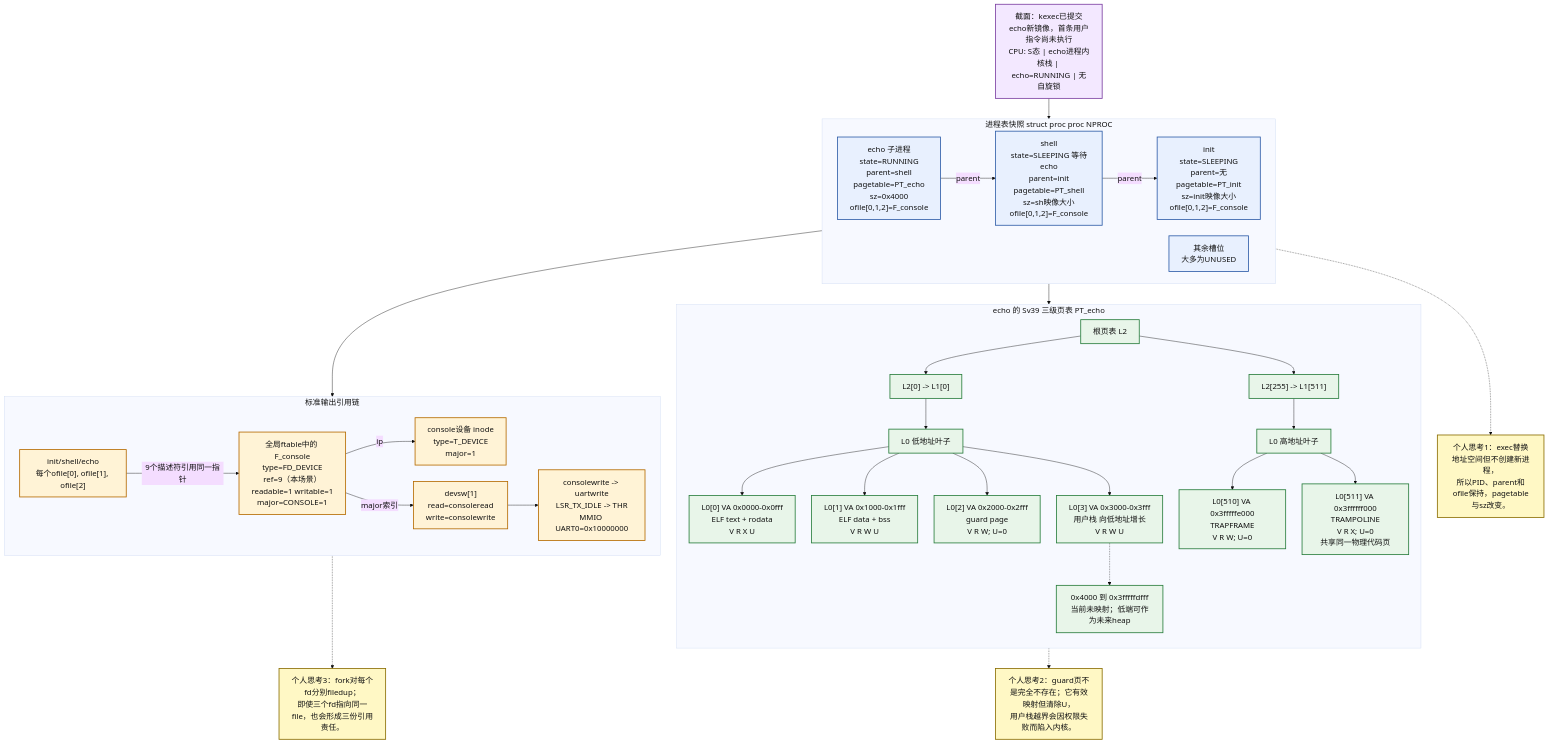
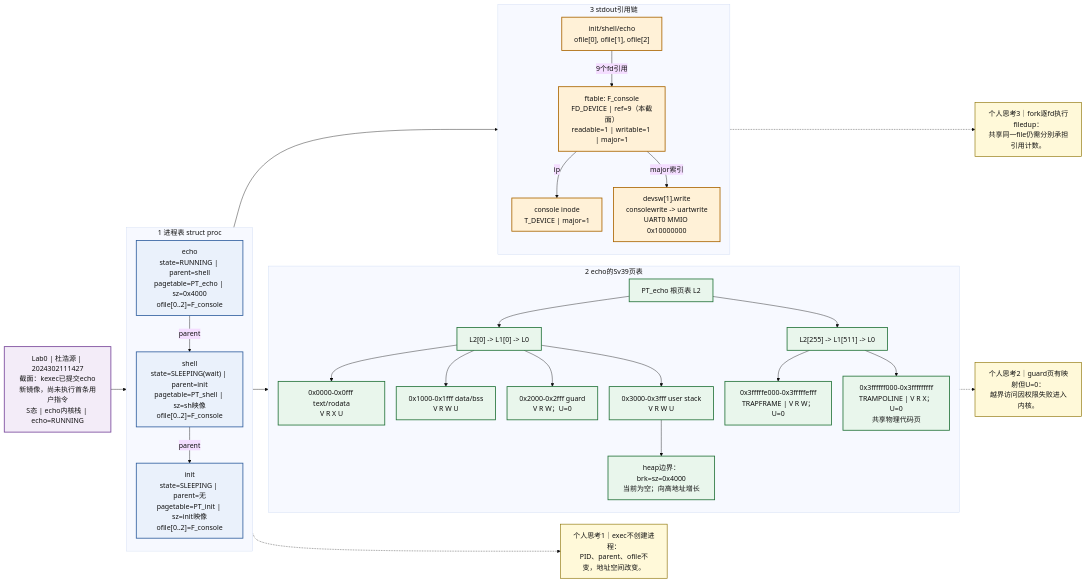
One commit to hoyuand/2024302111427 changed the diagram in figures/02-exec-state-snapshot.md. Above: the diagram before and after it, drawn with Mermaid. The commit also changed other lines of this file and 15 other files, not shown here.

Commit message:
第0次实验：完成三份软件架构图

````diff
--- a/figures/02-exec-state-snapshot.md
+++ b/figures/02-exec-state-snapshot.md
@@ -5,67 +5,63 @@
 ```mermaid
-%%{init: {"theme":"base","themeVariables":{"fontSize":"19px","fontFamily":"Microsoft YaHei, Arial, sans-serif"},"flowchart":{"nodeSpacing":40,"rankSpacing":50}}}%%
-flowchart TB
-  classDef proc fill:#e8f0fe,stroke:#2f5da8,color:#111,stroke-width:2px
-  classDef page fill:#e8f5e9,stroke:#287d3c,color:#111,stroke-width:2px
-  classDef file fill:#fff3d6,stroke:#b56b00,color:#111,stroke-width:2px
-  classDef note fill:#fff8c5,stroke:#8a6d00,color:#111,stroke-width:2px
-  classDef root fill:#f3e8ff,stroke:#7b3fa1,color:#111,stroke-width:2px
+%%{init: {"theme":"base","themeVariables":{"fontSize":"17px","fontFamily":"Microsoft YaHei, Arial, sans-serif"},"flowchart":{"nodeSpacing":28,"rankSpacing":38,"curve":"basis"}}}%%
+flowchart LR
+  classDef proc fill:#eaf1fb,stroke:#315f9f,color:#111,stroke-width:2px
+  classDef page fill:#e9f6ec,stroke:#24733a,color:#111,stroke-width:2px
+  classDef file fill:#fff1d7,stroke:#aa6500,color:#111,stroke-width:2px
+  classDef note fill:#fff9d9,stroke:#8a7000,color:#111,stroke-width:1.5px
+  classDef root fill:#f3ecf8,stroke:#77459a,color:#111,stroke-width:2px
 
-  moment["截面：kexec已提交echo新镜像，首条用户指令尚未执行<br/>CPU: S态 | echo进程内核栈 | echo=RUNNING | 无自旋锁"]:::root
+  moment["Lab0 | 杜浩源 | 2024302111427<br/>截面：kexec已提交echo新镜像，尚未执行首条用户指令<br/>S态 | echo内核栈 | echo=RUNNING"]:::root
 
-  subgraph PROCS[进程表快照 struct proc proc NPROC]
-    direction LR
-    init["init<br/>state=SLEEPING<br/>parent=无<br/>pagetable=PT_init<br/>sz=init映像大小<br/>ofile[0,1,2]=F_console"]:::proc
-    shell["shell<br/>state=SLEEPING 等待echo<br/>parent=init<br/>pagetable=PT_shell<br/>sz=sh映像大小<br/>ofile[0,1,2]=F_console"]:::proc
-    echo["echo 子进程<br/>state=RUNNING<br/>parent=shell<br/>pagetable=PT_echo<br/>sz=0x4000<br/>ofile[0,1,2]=F_console"]:::proc
-    unused["其余槽位<br/>大多为UNUSED"]:::proc
-    echo -->|"parent"| shell -->|"parent"| init
+  subgraph PROCS[1 进程表 struct proc]
+    direction TB
+    init["init<br/>state=SLEEPING | parent=无<br/>pagetable=PT_init | sz=init映像<br/>ofile[0..2]=F_console"]:::proc
+    shell["shell<br/>state=SLEEPING(wait) | parent=init<br/>pagetable=PT_shell | sz=sh映像<br/>ofile[0..2]=F_console"]:::proc
+    echo["echo<br/>state=RUNNING | parent=shell<br/>pagetable=PT_echo | sz=0x4000<br/>ofile[0..2]=F_console"]:::proc
+    echo -->|parent| shell -->|parent| init
   end
 
-  subgraph SV39[echo 的 Sv39 三级页表 PT_echo]
+  subgraph SV39[2 echo的Sv39页表]
     direction TB
-    rootpt["根页表 L2"]:::page
-    lowl1["L2[0] -> L1[0]"]:::page
-    lowl0["L0 低地址叶子"]:::page
-    text["L0[0] VA 0x0000-0x0fff<br/>ELF text + rodata<br/>V R X U"]:::page
-    data["L0[1] VA 0x1000-0x1fff<br/>ELF data + bss<br/>V R W U"]:::page
-    guard["L0[2] VA 0x2000-0x2fff<br/>guard page<br/>V R W; U=0"]:::page
-    stack["L0[3] VA 0x3000-0x3fff<br/>用户栈 向低地址增长<br/>V R W U"]:::page
-    gap["0x4000 到 0x3fffffdfff<br/>当前未映射；低端可作为未来heap"]:::page
-    highl1["L2[255] -> L1[511]"]:::page
-    highl0["L0 高地址叶子"]:::page
-    trapframe["L0[510] VA 0x3fffffe000<br/>TRAPFRAME<br/>V R W; U=0"]:::page
-    trampoline["L0[511] VA 0x3ffffff000<br/>TRAMPOLINE<br/>V R X; U=0<br/>共享同一物理代码页"]:::page
-    rootpt --> lowl1 --> lowl0
-    lowl0 --> text
-    lowl0 --> data
-    lowl0 --> guard
-    lowl0 --> stack
-    stack -.-> gap
-    rootpt --> highl1 --> highl0
-    highl0 --> trapframe
-    highl0 --> trampoline
+    pt["PT_echo 根页表 L2"]:::page
+    low["L2[0] -> L1[0] -> L0"]:::page
+    p0["0x0000-0x0fff text/rodata<br/>V R X U"]:::page
+    p1["0x1000-0x1fff data/bss<br/>V R W U"]:::page
+    p2["0x2000-0x2fff guard<br/>V R W；U=0"]:::page
+    p3["0x3000-0x3fff user stack<br/>V R W U"]:::page
+    heap["heap边界：brk=sz=0x4000<br/>当前为空；向高地址增长"]:::page
+    high["L2[255] -> L1[511] -> L0"]:::page
+    tf["0x3fffffe000-0x3fffffefff<br/>TRAPFRAME | V R W；U=0"]:::page
+    tr["0x3ffffff000-0x3fffffffff<br/>TRAMPOLINE | V R X；U=0<br/>共享物理代码页"]:::page
+
+    pt --> low
+    low --> p0
+    low --> p1
+    low --> p2
+    low --> p3 --> heap
+    pt --> high
+    high --> tf
+    high --> tr
   end
 
-  subgraph FILES[标准输出引用链]
-    direction LR
-    ofiles["init/shell/echo<br/>每个ofile[0], ofile[1], ofile[2]"]:::file
-    fconsole["全局ftable中的 F_console<br/>type=FD_DEVICE<br/>ref=9（本场景）<br/>readable=1 writable=1<br/>major=CONSOLE=1"]:::file
-    inode["console设备 inode<br/>type=T_DEVICE<br/>major=1"]:::file
-    devsw["devsw[1]<br/>read=consoleread<br/>write=consolewrite"]:::file
-    uart["consolewrite -> uartwrite<br/>LSR_TX_IDLE -> THR<br/>MMIO UART0=0x10000000"]:::file
-    ofiles -->|"9个描述符引用同一指针"| fconsole -->|"ip"| inode
-    fconsole -->|"major索引"| devsw --> uart
+  subgraph FILES[3 stdout引用链]
+    direction TB
+    ofs["init/shell/echo<br/>ofile[0], ofile[1], ofile[2]"]:::file
+    fc["ftable: F_console<br/>FD_DEVICE | ref=9（本截面）<br/>readable=1 | writable=1 | major=1"]:::file
+    ino["console inode<br/>T_DEVICE | major=1"]:::file
+    dev["devsw[1].write<br/>consolewrite -> uartwrite<br/>UART0 MMIO 0x10000000"]:::file
+    ofs -->|9个fd引用| fc -->|ip| ino
+    fc -->|major索引| dev
   end
 
-  moment --> PROCS
-  echo --> rootpt
-  echo --> ofiles
+  moment --> echo
+  echo --> pt
+  echo --> ofs
 
-  thought1["个人思考1：exec替换地址空间但不创建新进程，<br/>所以PID、parent和ofile保持，pagetable与sz改变。"]:::note
-  thought2["个人思考2：guard页不是完全不存在；它有效映射但清除U，<br/>用户栈越界会因权限失败而陷入内核。"]:::note
-  thought3["个人思考3：fork对每个fd分别filedup；<br/>即使三个fd指向同一file，也会形成三份引用责任。"]:::note
-  echo -.-> thought1
-  guard -.-> thought2
-  fconsole -.-> thought3
+  n1["个人思考1｜exec不创建进程：<br/>PID、parent、ofile不变，地址空间改变。"]:::note
+  n2["个人思考2｜guard页有映射但U=0：<br/>越界访问因权限失败进入内核。"]:::note
+  n3["个人思考3｜fork逐fd执行filedup：<br/>共享同一file仍需分别承担引用计数。"]:::note
+  echo -.-> n1
+  p2 -.-> n2
+  fc -.-> n3
 ```
````
